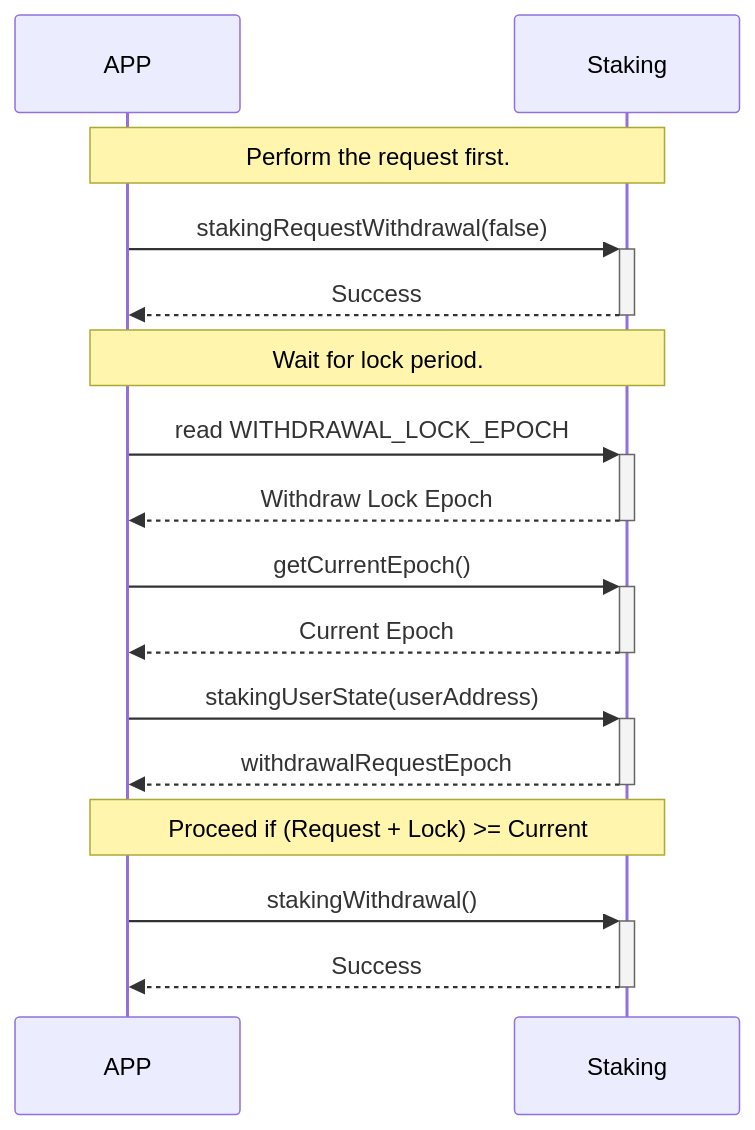
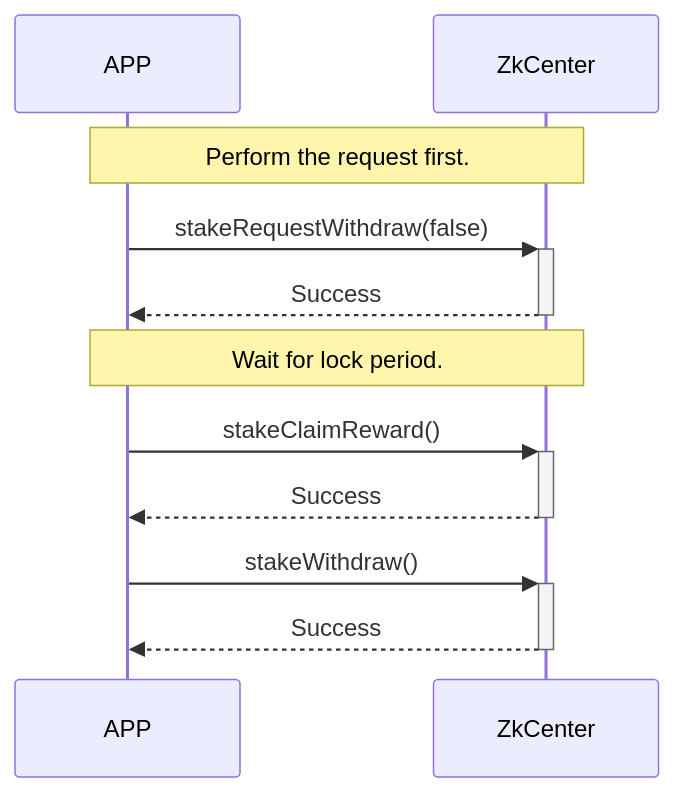
One commit to MXCzkEVM/Moonchain-Documentation changed the fifth of 6 diagrams in docs/Moonchain-Design/zk.md. Above: the diagram before and after it, drawn with Mermaid. The commit also changed other lines of this file and 4 other files, not shown here.

Commit message:
Update the flow for miner registration and staking.

````diff
--- a/docs/Moonchain-Design/zk.md
+++ b/docs/Moonchain-Design/zk.md
@@ -166,17 +172,12 @@
 ```mermaid
 sequenceDiagram
-  Note over APP,Staking: Perform the request first.
-  APP->>+Staking: stakingRequestWithdrawal(false)
-  Staking-->>-APP: Success
-  Note over APP,Staking: Wait for lock period.
-  APP->>+Staking: read WITHDRAWAL_LOCK_EPOCH
-  Staking-->>-APP: Withdraw Lock Epoch
-  APP->>+Staking: getCurrentEpoch()
-  Staking-->>-APP: Current Epoch
-  APP->>+Staking: stakingUserState(userAddress)
-  Staking-->>-APP: withdrawalRequestEpoch
-  Note over APP,Staking: Proceed if (Request + Lock) >= Current
-  APP->>+Staking: stakingWithdrawal()
-  Staking-->>-APP: Success
+  Note over APP,ZkCenter: Perform the request first.
+  APP->>+ZkCenter: stakeRequestWithdraw(false)
+  ZkCenter-->>-APP: Success
+  Note over APP,ZkCenter: Wait for lock period.
+  APP->>+ZkCenter: stakeClaimReward()
+  ZkCenter-->>-APP: Success
+  APP->>+ZkCenter: stakeWithdraw()
+  ZkCenter-->>-APP: Success
 
 ```
````
